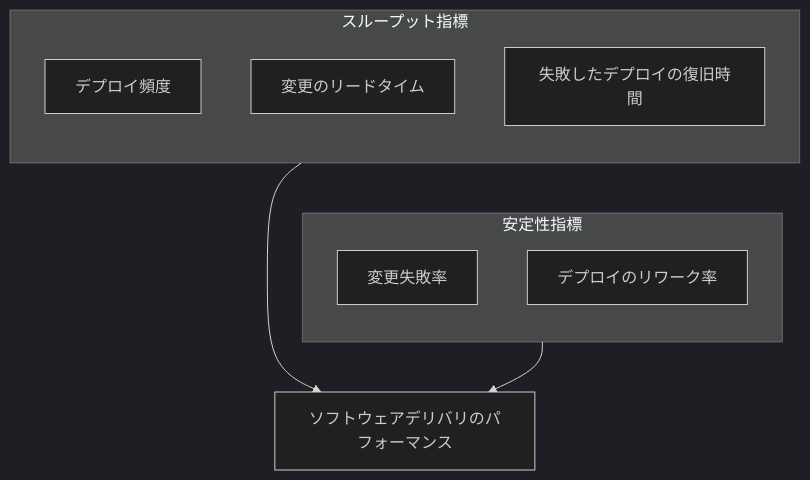
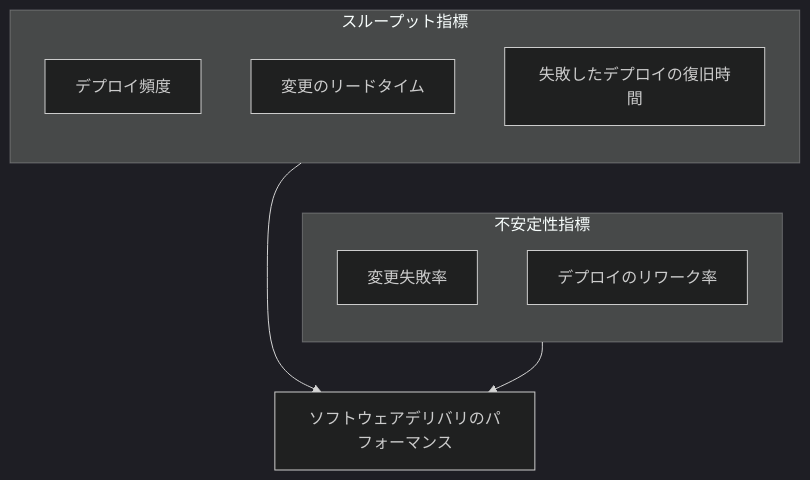
The second of 6 diagrams in Accelerate-lean-devops-guide.md (myoshi2891/Cloud-Infrastructure-Studies), drawn with Mermaid (dark theme) before and after one commit. The commit also changed other lines of this file and 1 other file, not shown here.

````diff
--- a/Accelerate-lean-devops-guide.md
+++ b/Accelerate-lean-devops-guide.md
@@ -93,17 +93,17 @@
 ```mermaid
 flowchart TB
     subgraph TP["スループット指標"]
         direction TB
         A["デプロイ頻度"]
         B["変更のリードタイム"]
         D["失敗したデプロイの復旧時間"]
     end
-    subgraph ST["安定性指標"]
+    subgraph ST["不安定性指標"]
         direction TB
         C["変更失敗率"]
         E["デプロイのリワーク率"]
     end
     TP ~~~ ST
     TP --> F["ソフトウェアデリバリのパフォーマンス"]
     ST --> F
 ```
````
